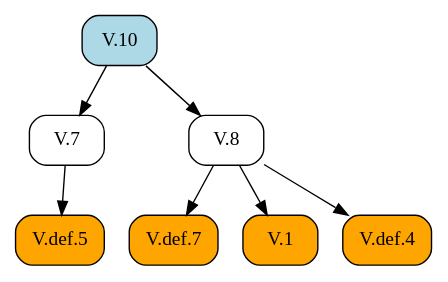
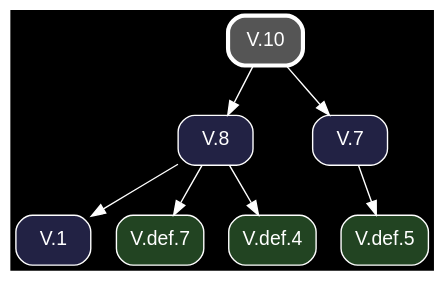
The diagram in docsrc/heath/V/10/index.rst (geometor/elements), drawn with Graphviz before and after one commit. The commit also changed other lines of this file and 1200 other files, not shown here.

Commit message:
update dependency graphs

```diff
--- a/docsrc/heath/V/10/index.rst
+++ b/docsrc/heath/V/10/index.rst
@@ -80,19 +80,21 @@
 .. graphviz::
 
    digraph {
+     bgcolor="black";
+     node [shape=box, style="rounded,filled", fontname="Helvetica", color="white", fontcolor="white"];
+     edge [color="white", fontcolor="white"];
      rankdir="TB";
-     node [shape=box, style=rounded];
-     "V.7" [URL="/heath/V/7/", target="_top"];
-     "V.10" [style="rounded,filled", fillcolor=lightblue, URL="/heath/V/10/", target="_top"];
-     "V.def.7" [style="rounded,filled", fillcolor=orange, URL="/heath/V/def.7/", target="_top"];
-     "V.1" [style="rounded,filled", fillcolor=orange, URL="/heath/V/1/", target="_top"];
-     "V.def.5" [style="rounded,filled", fillcolor=orange, URL="/heath/V/def.5/", target="_top"];
-     "V.def.4" [style="rounded,filled", fillcolor=orange, URL="/heath/V/def.4/", target="_top"];
-     "V.8" [URL="/heath/V/8/", target="_top"];
+     "V.8" [fillcolor="#222244", URL="/heath/V/8/", target="_top"];
+     "V.def.5" [fillcolor="#224422", URL="/heath/V/def.5/", target="_top"];
+     "V.1" [fillcolor="#222244", URL="/heath/V/1/", target="_top"];
+     "V.def.7" [fillcolor="#224422", URL="/heath/V/def.7/", target="_top"];
+     "V.7" [fillcolor="#222244", URL="/heath/V/7/", target="_top"];
+     "V.def.4" [fillcolor="#224422", URL="/heath/V/def.4/", target="_top"];
+     "V.10" [penwidth=3, color="white", fillcolor="#555555", URL="/heath/V/10/", target="_top"];
+     "V.10" -> "V.8";
+     "V.7" -> "V.def.5";
+     "V.8" -> "V.1";
+     "V.8" -> "V.def.7";
      "V.10" -> "V.7";
-     "V.8" -> "V.def.7";
-     "V.8" -> "V.1";
-     "V.7" -> "V.def.5";
      "V.8" -> "V.def.4";
-     "V.10" -> "V.8";
    }
```
